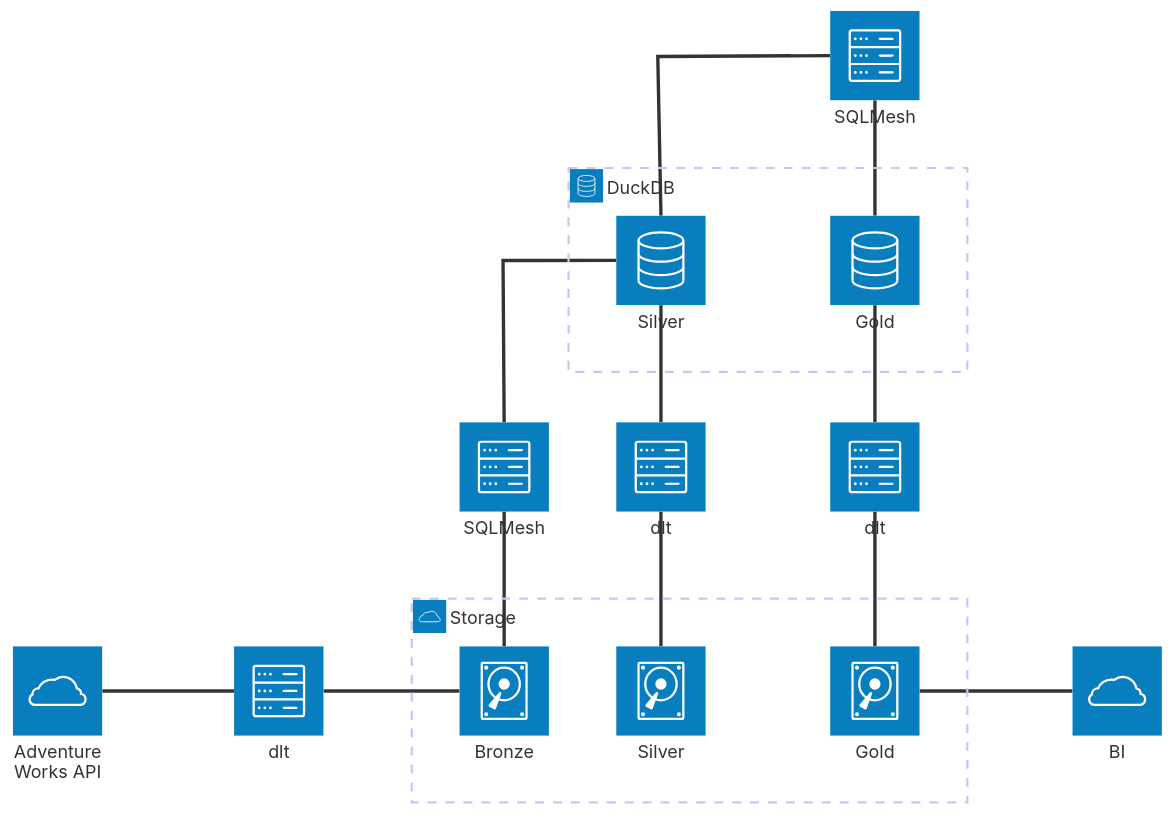
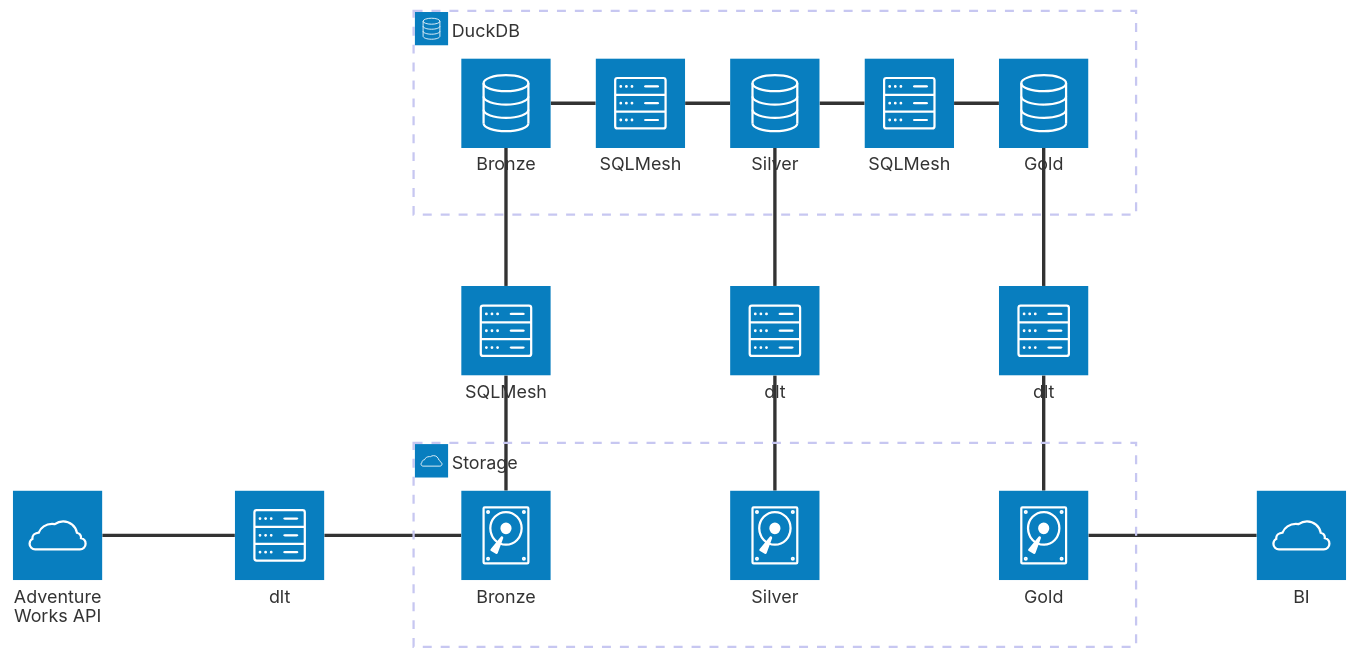
One commit to mattiasthalen/serverless-lakehouse changed the first of 4 diagrams in README.md. Above: the diagram before and after it, drawn with Mermaid. The commit also changed 2 other files, not shown here.

Commit message:
Update dag

````diff
--- a/README.md
+++ b/README.md
@@ -14,31 +14,35 @@
 ```mermaid
 architecture-beta
     service api(cloud)[Adventure Works API]
     service extract(server)[dlt]
     service load(server)[SQLMesh]
-    service transform(server)[SQLMesh]
     service export_silver(server)[dlt]
     service export_gold(server)[dlt]
     service consumption(cloud)[BI]
 
     group storage(cloud)[Storage]
         service bronze(disk)[Bronze] in storage
         service silver(disk)[Silver] in storage
         service gold(disk)[Gold] in storage
 
     group engine(database)[DuckDB]
+        service bronze_view(database)[Bronze] in engine
+        service l1_transform(server)[SQLMesh] in engine
         service silver_view(database)[Silver] in engine
+        service l2_transform(server)[SQLMesh] in engine
         service gold_view(database)[Gold] in engine
 
     api:R -- L:extract
     extract:R -- L:bronze
     bronze:T -- B:load
-    load:T -- L:silver_view
-    silver_view:T -- L:transform
-    transform:B -- T:gold_view
+    load:T -- B:bronze_view
+    bronze_view:R -- L:l1_transform
+    l1_transform:R -- L:silver_view
+    silver_view:R -- L:l2_transform
+    l2_transform:R -- L:gold_view
     silver_view:B -- T:export_silver
     export_silver:B -- T:silver
     gold_view:B -- T:export_gold
     export_gold:B -- T:gold
     gold:R -- L:consumption
 ```
````
